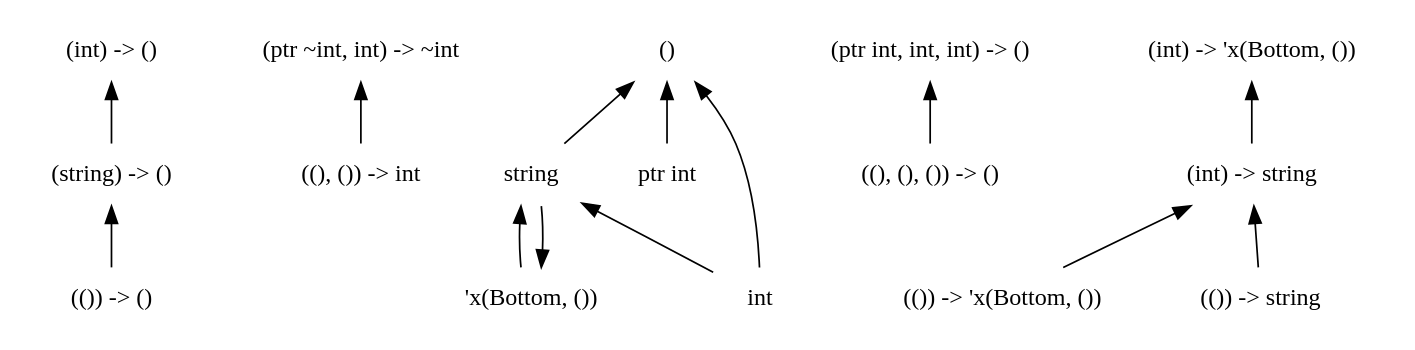
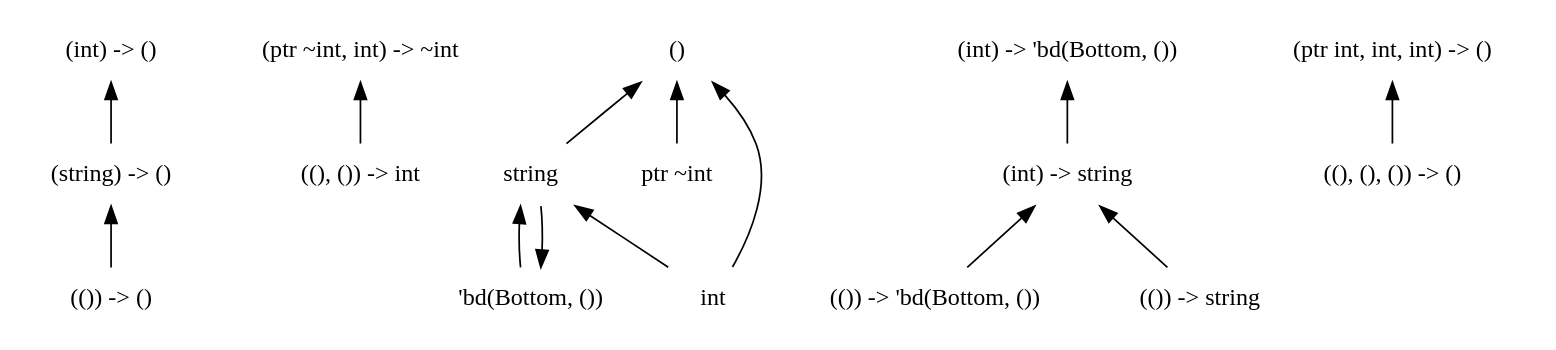
Before and after one commit to chocobo333/regino: the diagram in dots/0.dot, drawn with Graphviz. The commit also changed 29 other files, not shown here.

```diff
--- a/dots/0.dot
+++ b/dots/0.dot
@@ -1,40 +1,40 @@
 digraph order {
   graph [
     size = "30,10"
     ];
   node [
     shape = none
     ];
   edge [
     dir = back
     ];
   "(string) -> ()"
   "(()) -> ()"
   "(ptr ~int, int) -> ~int"
   "string"
+  "(()) -> 'bd(Bottom, ())"
   "(ptr int, int, int) -> ()"
   "((), ()) -> int"
   "()"
-  "(int) -> 'x(Bottom, ())"
-  "(()) -> 'x(Bottom, ())"
-  "ptr int"
+  "ptr ~int"
   "((), (), ()) -> ()"
   "(()) -> string"
   "(int) -> ()"
   "(int) -> string"
-  "'x(Bottom, ())"
+  "(int) -> 'bd(Bottom, ())"
+  "'bd(Bottom, ())"
   "int"
   "(string) -> ()" -> "(()) -> ()"
-  "(int) -> 'x(Bottom, ())" -> "(int) -> string"
   "(ptr ~int, int) -> ~int" -> "((), ()) -> int"
-  "string" -> "'x(Bottom, ())"
+  "string" -> "'bd(Bottom, ())"
   "string" -> "int"
   "(int) -> ()" -> "(string) -> ()"
   "(int) -> string" -> "(()) -> string"
-  "(int) -> string" -> "(()) -> 'x(Bottom, ())"
-  "'x(Bottom, ())" -> "string"
+  "(int) -> string" -> "(()) -> 'bd(Bottom, ())"
+  "(int) -> 'bd(Bottom, ())" -> "(int) -> string"
+  "'bd(Bottom, ())" -> "string"
   "(ptr int, int, int) -> ()" -> "((), (), ()) -> ()"
   "()" -> "string"
   "()" -> "int"
-  "()" -> "ptr int"
+  "()" -> "ptr ~int"
 }
```
